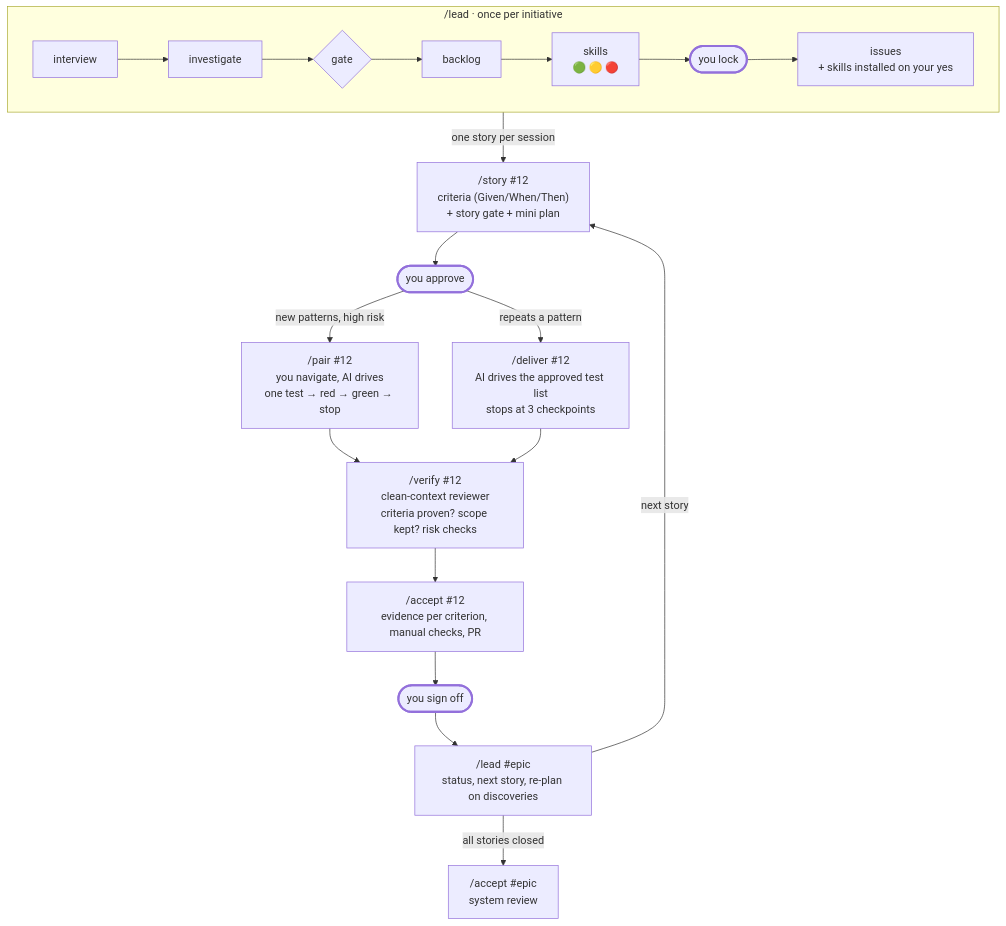
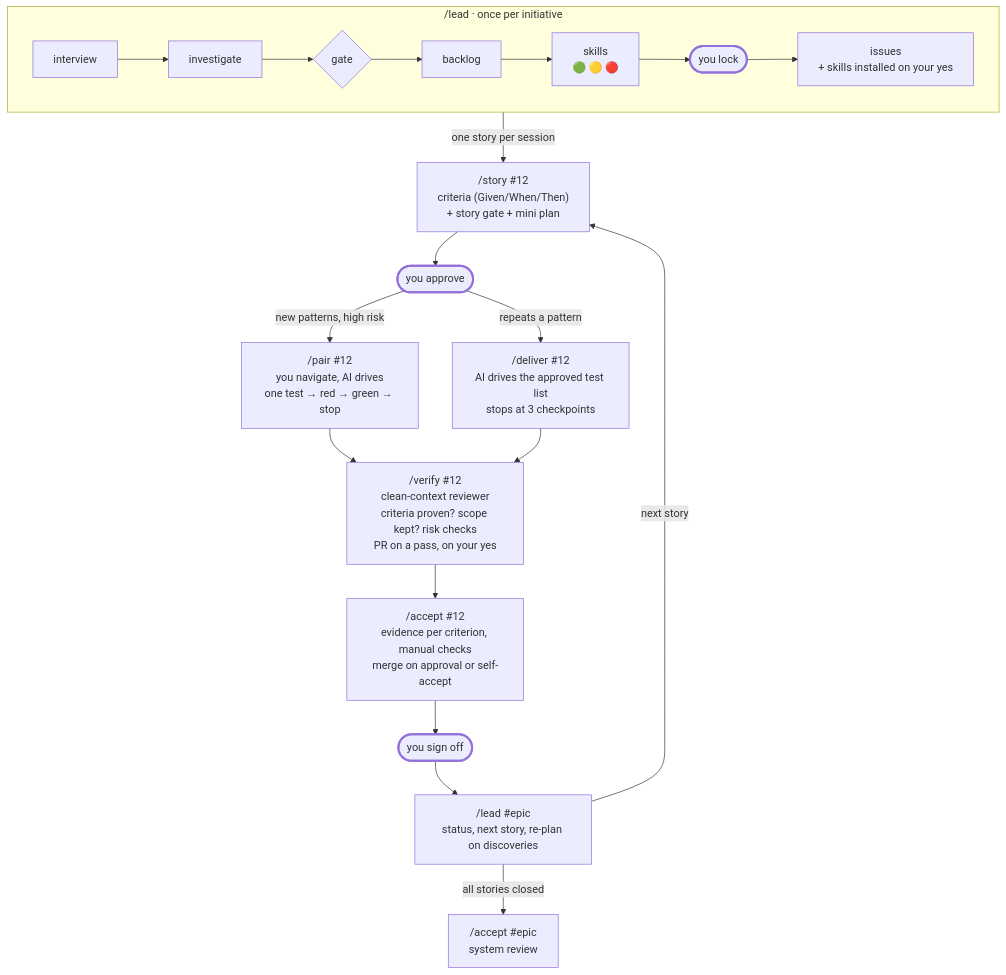
Before and after one commit to bitIO/wheelhouse: the first of 2 diagrams in docs/flow.md, drawn with Mermaid. The commit also changed other lines of this file and 5 other files, not shown here.

First line of the commit message:
feat: open the PR from verify and merge it from accept (#28)

````diff
--- a/docs/flow.md
+++ b/docs/flow.md
@@ -16,22 +16,22 @@
 ```mermaid
 flowchart TD
     subgraph init ["/lead · once per initiative"]
         direction LR
         I[interview] --> V[investigate] --> G{gate} --> B[backlog] --> S["skills<br/>🟢 🟡 🔴"] --> L(["you lock"]) --> X["issues<br/>+ skills installed on your yes"]
     end
 
     init -->|one story per session| ST["/story #12<br/>criteria (Given/When/Then)<br/>+ story gate + mini plan"]
     ST --> SA(["you approve"])
     SA -->|new patterns, high risk| P["/pair #12<br/>you navigate, AI drives<br/>one test → red → green → stop"]
     SA -->|repeats a pattern| D["/deliver #12<br/>AI drives the approved test list<br/>stops at 3 checkpoints"]
-    P --> VE["/verify #12<br/>clean-context reviewer<br/>criteria proven? scope kept? risk checks"]
+    P --> VE["/verify #12<br/>clean-context reviewer<br/>criteria proven? scope kept? risk checks<br/>PR on a pass, on your yes"]
     D --> VE
-    VE --> AC["/accept #12<br/>evidence per criterion, manual checks, PR"]
+    VE --> AC["/accept #12<br/>evidence per criterion, manual checks<br/>merge on approval or self-accept"]
     AC --> SO(["you sign off"])
     SO --> LE["/lead #epic<br/>status, next story, re-plan on discoveries"]
     LE -->|next story| ST
     LE -->|all stories closed| AE["/accept #epic<br/>system review"]
 
     classDef you stroke-width:3px
     class L,SA,SO you
 ```
````
